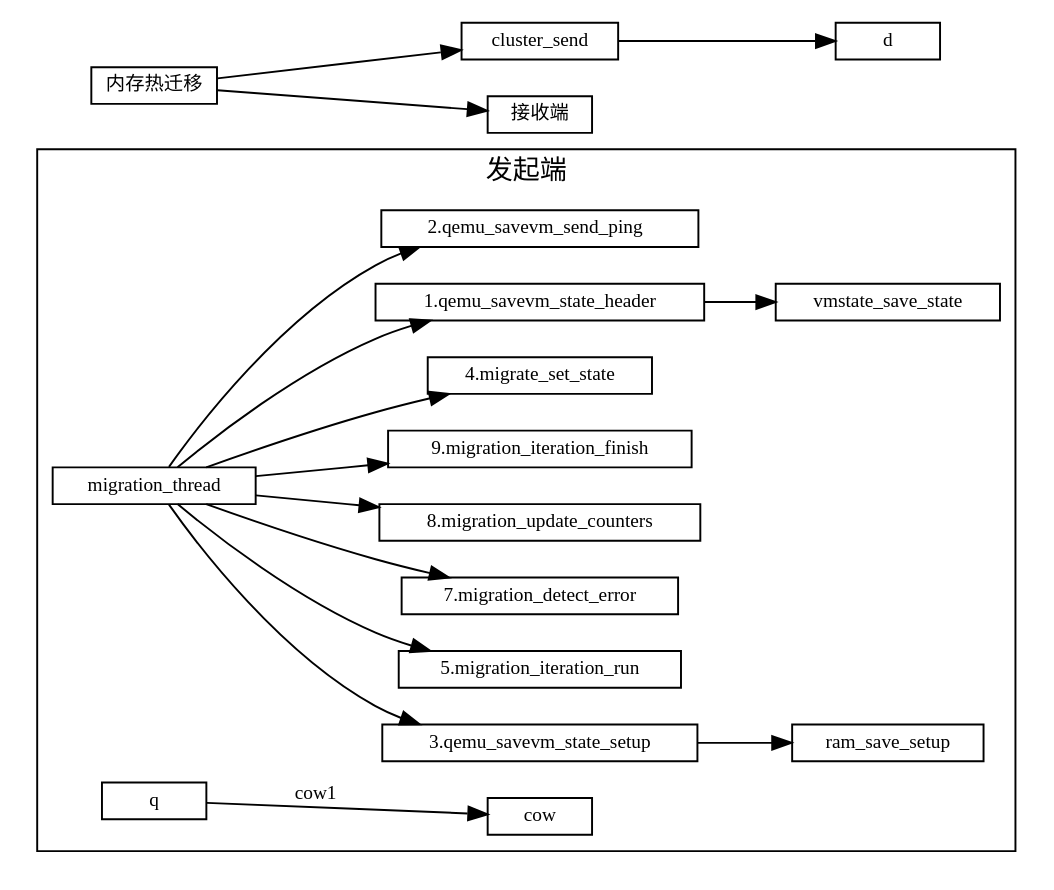
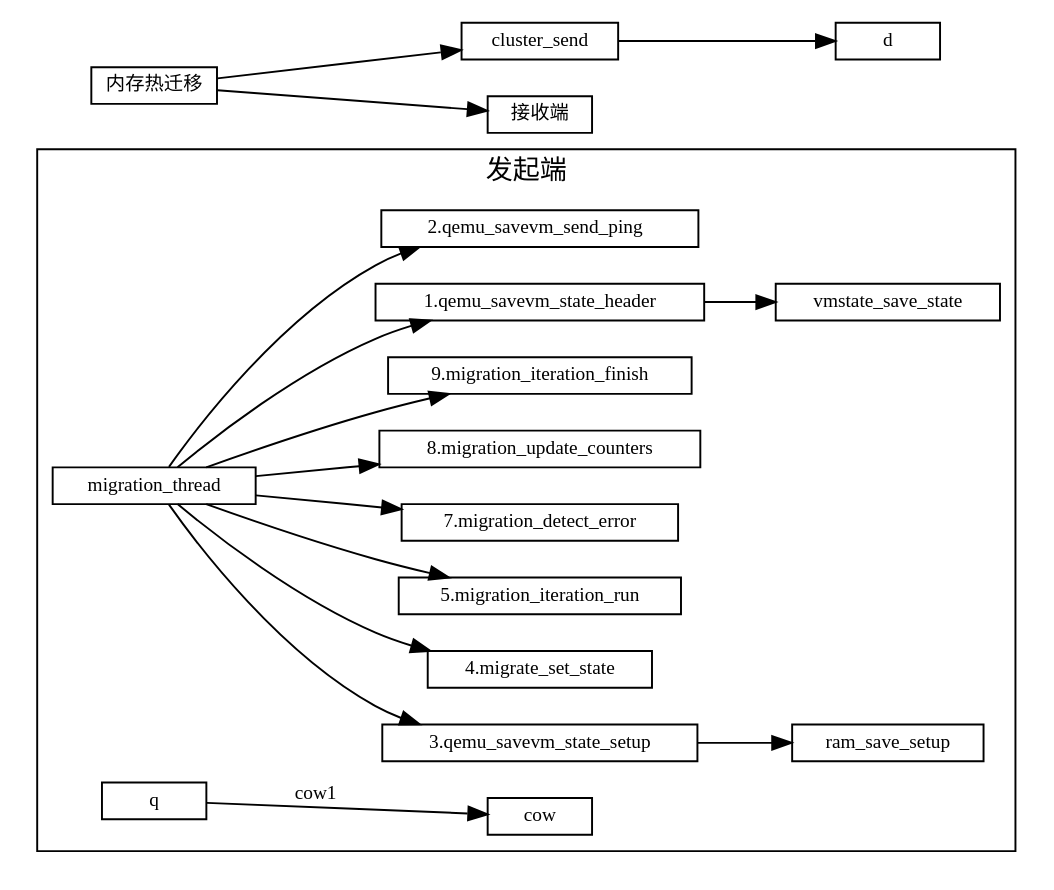
Before and after one commit to sisyphus1212/note: the diagram in 虚拟化/热迁移/1-内存热迁移.md, drawn with Graphviz.

Commit message:
auto_update

````diff
--- a/虚拟化/热迁移/1-内存热迁移.md
+++ b/虚拟化/热迁移/1-内存热迁移.md
@@ -11,43 +11,42 @@
 ```graphviz
 digraph {
 fontname="Helvetica,Arial,sans-serif"
 //node [fontname="Helvetica,Arial,sans-serif"]
 //edge [fontname="Helvetica,Arial,sans-serif"]
 rankdir="LR"
 node [fontsize=10, shape=record, height=0.25]
 edge [fontsize=10]
   subgraph send {
     cluster=true;
     label="发起端";
-        qemu_savevm_state_setup[label="3.qemu_savevm_state_setup"]
+    qemu_savevm_state_setup[label="3.qemu_savevm_state_setup"]
+        migrate_set_state[label="4.migrate_set_state"];
     migration_iteration_run[label="5.migration_iteration_run"];
     migration_detect_error[label="7.migration_detect_error"]
     migration_update_counters[label="8.migration_update_counters"]
     migration_iteration_finish[label="9.migration_iteration_finish"]
-
-    migrate_set_state[label="4.migrate_set_state"];
 
 
     migration_thread -> "1.qemu_savevm_state_header"
                      -> vmstate_save_state;
     migration_thread -> "2.qemu_savevm_send_ping  ";
     migration_thread -> qemu_savevm_state_setup
                      -> ram_save_setup;
     migration_thread -> migrate_set_state;
     migration_thread -> migration_iteration_run;
     migration_thread -> migration_detect_error
     migration_thread -> migration_update_counters
     migration_thread -> migration_iteration_finish
 
 
 
     q -> cow[label="cow1"];
   }
 
 内存热迁移 [label="内存热迁移"]
 内存热迁移 -> cluster_send
            -> d
 
 内存热迁移 -> 接收端
 }
 ```
````
